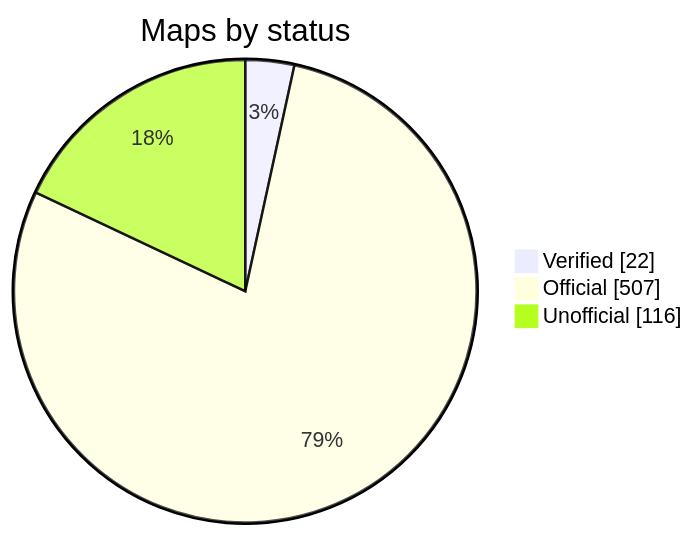
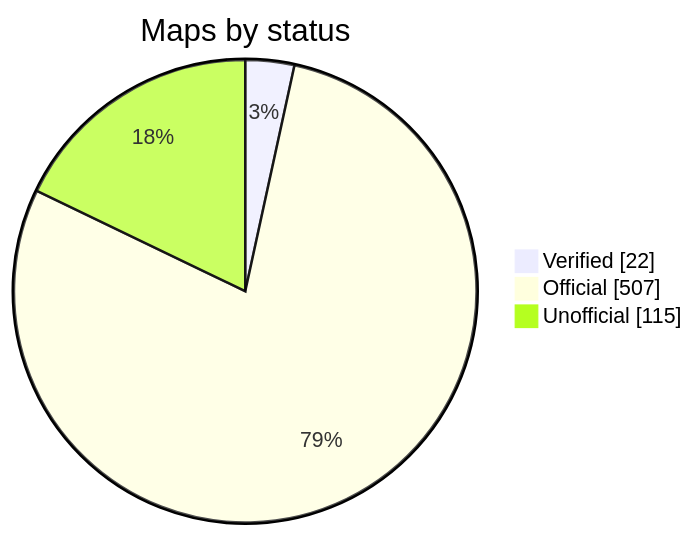
One commit to nobrega8/mbmap-library changed the diagram in README.md. Above: the diagram before and after it, drawn with Mermaid. The commit also changed 6 other files, not shown here.

````diff
--- a/README.md
+++ b/README.md
@@ -52,7 +52,7 @@
 ```mermaid
 pie showData
     title Maps by status
     "Verified" : 22
     "Official" : 507
-    "Unofficial" : 116
+    "Unofficial" : 115
 ```
````
